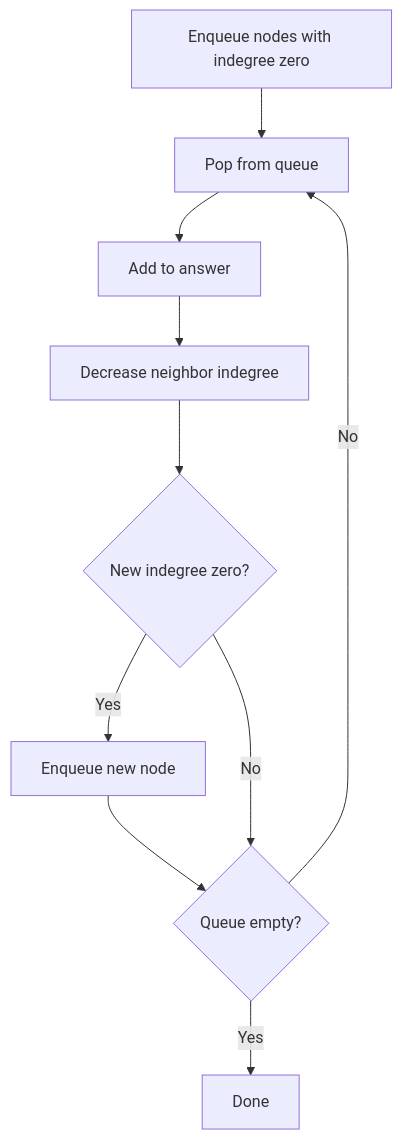
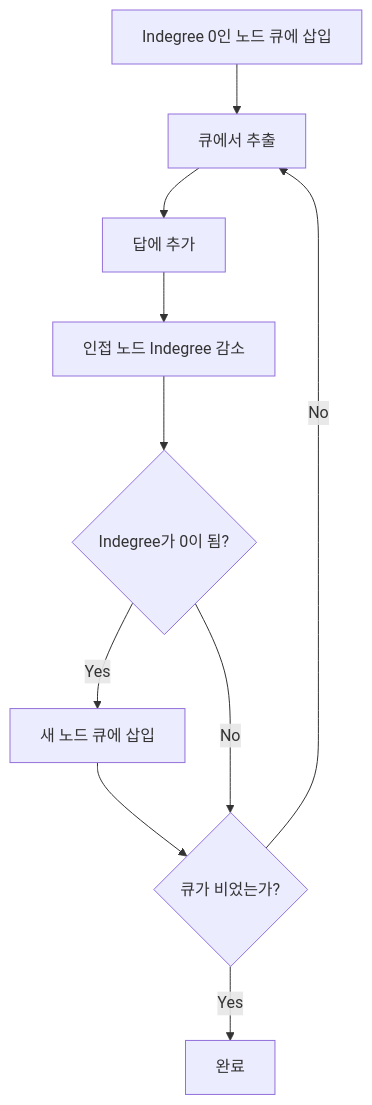
Before and after one commit to mandoobox/mandoobox.github.io: the diagram in _posts/algorithm/2026-03-07-topological-sort.md, drawn with Mermaid. The commit also changed 24 other files, not shown here.

Commit message:
feat: mermaid kr

````diff
--- a/_posts/algorithm/2026-03-07-topological-sort.md
+++ b/_posts/algorithm/2026-03-07-topological-sort.md
@@ -94,12 +94,12 @@
 ```mermaid
 flowchart TD
-    A["Enqueue nodes with indegree zero"] --> B["Pop from queue"]
-    B --> C["Add to answer"]
-    C --> D["Decrease neighbor indegree"]
-    D --> E{"New indegree zero?"}
-    E -->|Yes| F["Enqueue new node"]
-    F --> G{"Queue empty?"}
+    A["Indegree 0인 노드 큐에 삽입"] --> B["큐에서 추출"]
+    B --> C["답에 추가"]
+    C --> D["인접 노드 Indegree 감소"]
+    D --> E{"Indegree가 0이 됨?"}
+    E -->|Yes| F["새 노드 큐에 삽입"]
+    F --> G{"큐가 비었는가?"}
     E -->|No| G
     G -->|No| B
-    G -->|Yes| H["Done"]
+    G -->|Yes| H["완료"]
 ```
````
